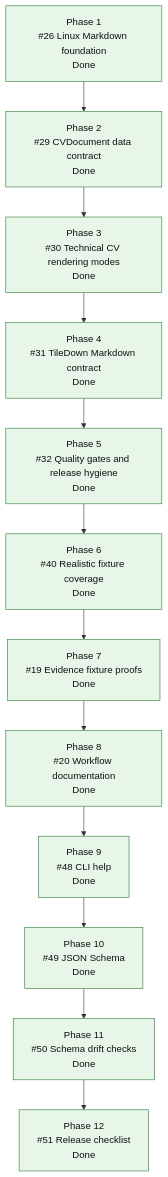
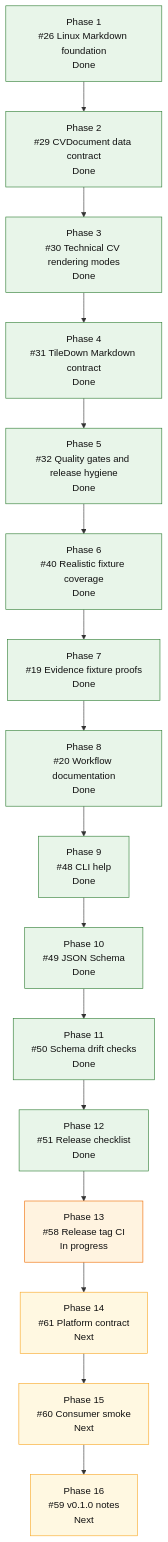
One commit to mihaelamj/cvbuilder changed the diagram in README.md. Above: the diagram before and after it, drawn with Mermaid. The commit also changed other lines of this file and 5 other files, not shown here.

````diff
--- a/README.md
+++ b/README.md
@@ -165,26 +167,32 @@
 ```mermaid
 flowchart TD
     P1["Phase 1<br/>#26 Linux Markdown foundation<br/>Done"]
     P2["Phase 2<br/>#29 CVDocument data contract<br/>Done"]
     P3["Phase 3<br/>#30 Technical CV rendering modes<br/>Done"]
     P4["Phase 4<br/>#31 TileDown Markdown contract<br/>Done"]
     P5["Phase 5<br/>#32 Quality gates and release hygiene<br/>Done"]
     P6["Phase 6<br/>#40 Realistic fixture coverage<br/>Done"]
     P7["Phase 7<br/>#19 Evidence fixture proofs<br/>Done"]
     P8["Phase 8<br/>#20 Workflow documentation<br/>Done"]
     P9["Phase 9<br/>#48 CLI help<br/>Done"]
     P10["Phase 10<br/>#49 JSON Schema<br/>Done"]
     P11["Phase 11<br/>#50 Schema drift checks<br/>Done"]
     P12["Phase 12<br/>#51 Release checklist<br/>Done"]
+    P13["Phase 13<br/>#58 Release tag CI<br/>In progress"]
+    P14["Phase 14<br/>#61 Platform contract<br/>Next"]
+    P15["Phase 15<br/>#60 Consumer smoke<br/>Next"]
+    P16["Phase 16<br/>#59 v0.1.0 notes<br/>Next"]
 
-    P1 --> P2 --> P3 --> P4 --> P5 --> P6 --> P7 --> P8 --> P9 --> P10 --> P11 --> P12
+    P1 --> P2 --> P3 --> P4 --> P5 --> P6 --> P7 --> P8 --> P9 --> P10 --> P11 --> P12 --> P13 --> P14 --> P15 --> P16
 
     classDef done fill:#e8f5e9,stroke:#2e7d32,color:#111;
     classDef active fill:#fff3e0,stroke:#ef6c00,color:#111;
     classDef review fill:#e8f0fe,stroke:#1a73e8,color:#111;
     classDef next fill:#fff8e1,stroke:#f9a825,color:#111;
     classDef partial fill:#e0f7fa,stroke:#00838f,color:#111;
     classDef todo fill:#eef3ff,stroke:#3367d6,color:#111;
     class P1,P2,P3,P4 done;
     class P5,P6,P7,P8,P9,P10,P11,P12 done;
+    class P13 active;
+    class P14,P15,P16 next;
 ```
````
